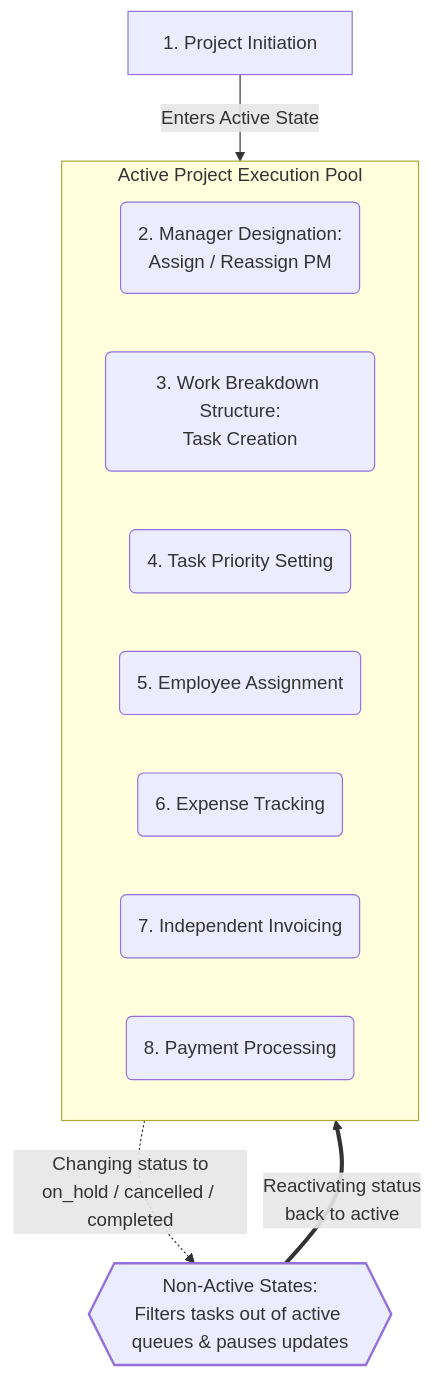
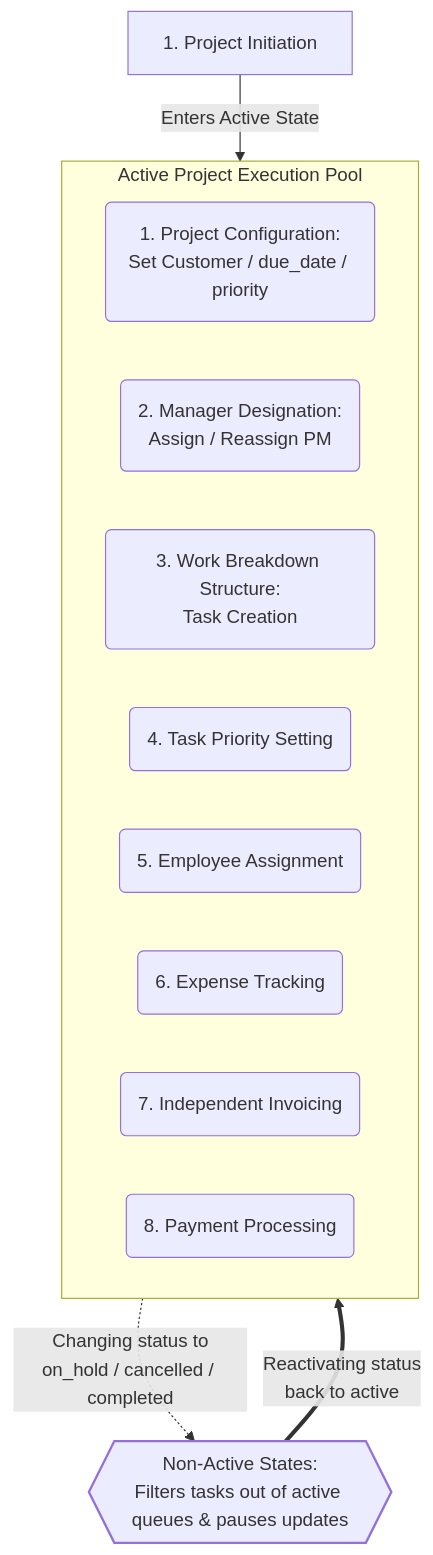
The diagram in docs/business-process.md (mauriciobarda/service-tenant-erp), drawn with Mermaid before and after one commit. The commit also changed other lines of this file, not shown here.

````diff
--- a/docs/business-process.md
+++ b/docs/business-process.md
@@ -31,26 +31,27 @@
 ```mermaid
 flowchart TD
     classDef stateMachine stroke-width:2px;
 
     %% Phase 1: Initialization
-    S1[1. Project Initiation] -->|Enters Active State| Active_Project_State
+    S0[1. Project Initiation] -->|Enters Active State| Active_Project_State
 
     %% Active Lifecycle Pool (Everything can happen concurrently)
     subgraph Active_Project_State [Active Project Execution Pool]
+        S1("1. Project Configuration:\nSet Customer / due_date / priority")
         S2("2. Manager Designation:\nAssign / Reassign PM")
         S3("3. Work Breakdown Structure:\nTask Creation")
         S4("4. Task Priority Setting")
         S5("5. Employee Assignment")
         S6("6. Expense Tracking")
         S7("7. Independent Invoicing")
         S8("8. Payment Processing")
     end
 
     %% Global Interrupt pulling OUT of the active state
     Active_Project_State -.->|"Changing status to\non_hold / cancelled / completed"| S9{{"Non-Active States:\nFilters tasks out of active queues & pauses updates"}}
 
     %% Return path to Active State
     S9 ==>|"Reactivating status\nback to active"| Active_Project_State 
 
     class S9 stateMachine;
 ```
````
